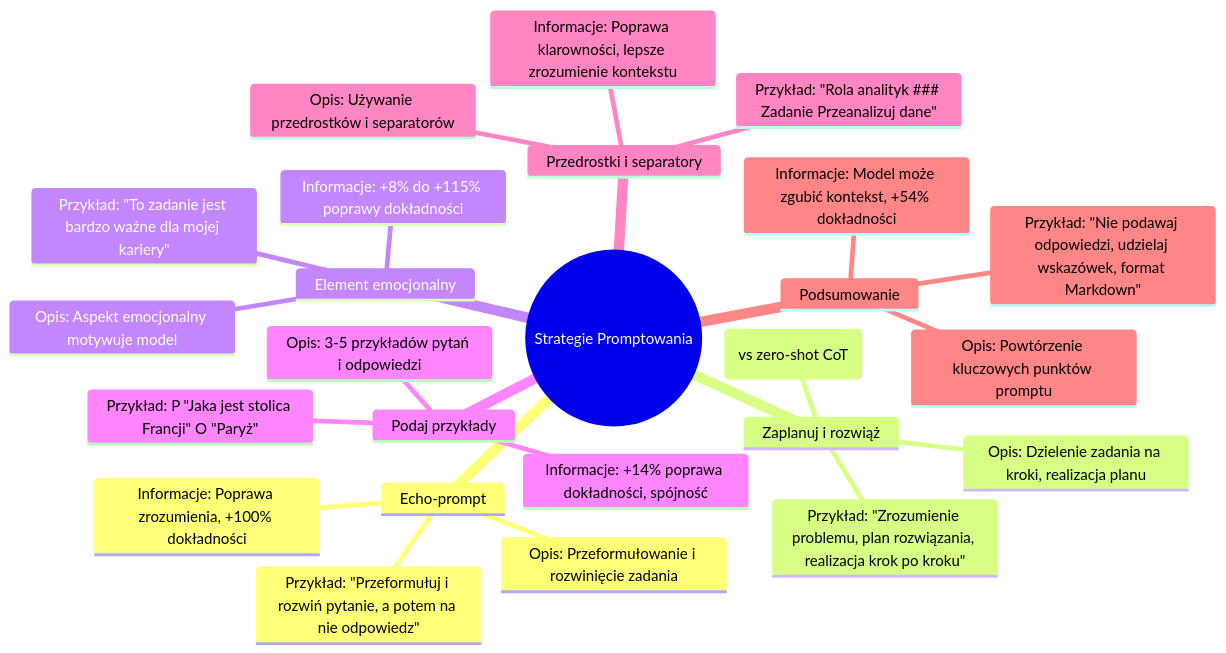
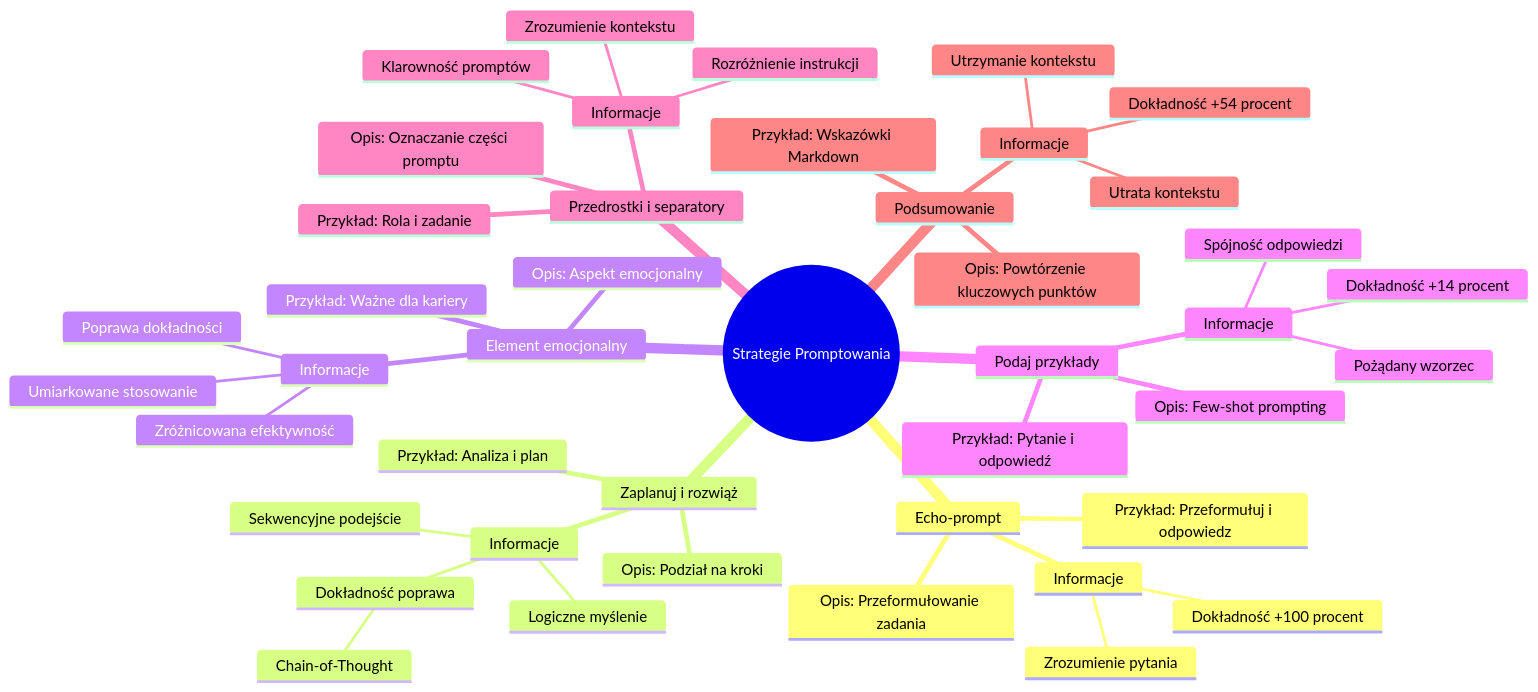
The diagram in ai_umiejetnosci_jutra/T1D1 - Materiały dodatkowe - 2. Strategie promptowania.md (azdolinski/ai_docs), drawn with Mermaid before and after one commit. The commit also changed other lines of this file, not shown here.

````diff
--- a/ai_umiejetnosci_jutra/T1D1 - Materiały dodatkowe - 2. Strategie promptowania.md
+++ b/ai_umiejetnosci_jutra/T1D1 - Materiały dodatkowe - 2. Strategie promptowania.md
@@ -5,28 +5,46 @@
 ```mermaid
 mindmap
   root((Strategie Promptowania))
     Echo-prompt
-      Opis: Przeformułowanie i rozwinięcie zadania
-      Przykład: "Przeformułuj i rozwiń pytanie, a potem na nie odpowiedz"
-      Informacje: Poprawa zrozumienia, +100% dokładności
+      Opis: Przeformułowanie zadania
+      Przykład: Przeformułuj i odpowiedz
+      Informacje
+        Zrozumienie pytania
+        Dokładność +100 procent
     Zaplanuj i rozwiąż
-      Opis: Dzielenie zadania na kroki, realizacja planu
-      Przykład: "Zrozumienie problemu, plan rozwiązania, realizacja krok po kroku"
-      Informacje: +5-15.8% dokładności (vs zero-shot CoT)
+      Opis: Podział na kroki
+      Przykład: Analiza i plan
+      Informacje
+        Dokładność poprawa
+          Chain-of-Thought
+        Logiczne myślenie
+        Sekwencyjne podejście
     Element emocjonalny
-      Opis: Aspekt emocjonalny motywuje model
-      Przykład: "To zadanie jest bardzo ważne dla mojej kariery"
-      Informacje: +8% do +115% poprawy dokładności
+      Opis: Aspekt emocjonalny
+      Przykład: Ważne dla kariery
+      Informacje
+        Poprawa dokładności
+        Zróżnicowana efektywność
+        Umiarkowane stosowanie
     Podaj przykłady
-      Opis: 3-5 przykładów pytań i odpowiedzi
-      Przykład: P "Jaka jest stolica Francji" O "Paryż"
-      Informacje: +14% poprawa dokładności, spójność
+      Opis: Few-shot prompting
+      Przykład: Pytanie i odpowiedź
+      Informacje
+        Dokładność +14 procent
+        Spójność odpowiedzi
+        Pożądany wzorzec
     Przedrostki i separatory
-      Opis: Używanie przedrostków i separatorów
-      Przykład: "Rola analityk ### Zadanie Przeanalizuj dane"
-      Informacje: Poprawa klarowności, lepsze zrozumienie kontekstu
+      Opis: Oznaczanie części promptu
+      Przykład: Rola i zadanie
+      Informacje
+        Klarowność promptów
+        Zrozumienie kontekstu
+        Rozróżnienie instrukcji
     Podsumowanie
-      Opis: Powtórzenie kluczowych punktów promptu
-      Przykład: "Nie podawaj odpowiedzi, udzielaj wskazówek, format Markdown"
-      Informacje: Model może zgubić kontekst, +54% dokładności
+      Opis: Powtórzenie kluczowych punktów
+      Przykład: Wskazówki Markdown
+      Informacje
+        Utrata kontekstu
+        Utrzymanie kontekstu
+        Dokładność +54 procent
 ```
````
